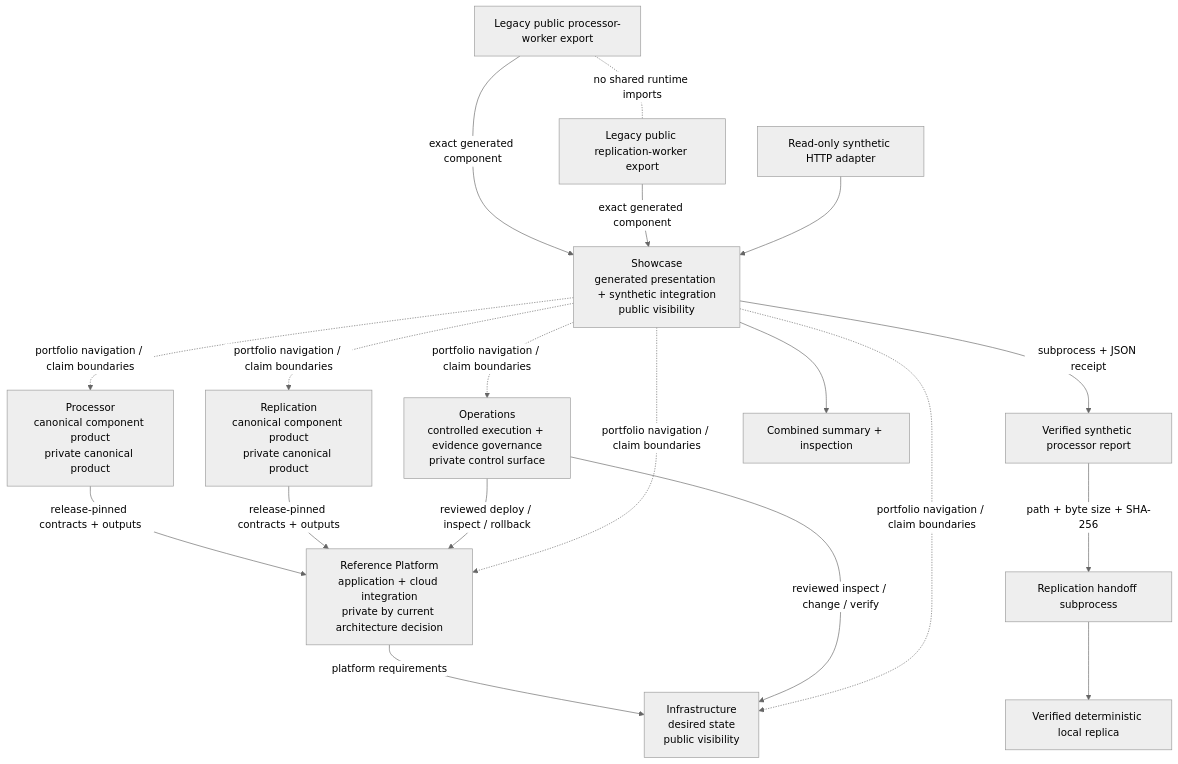
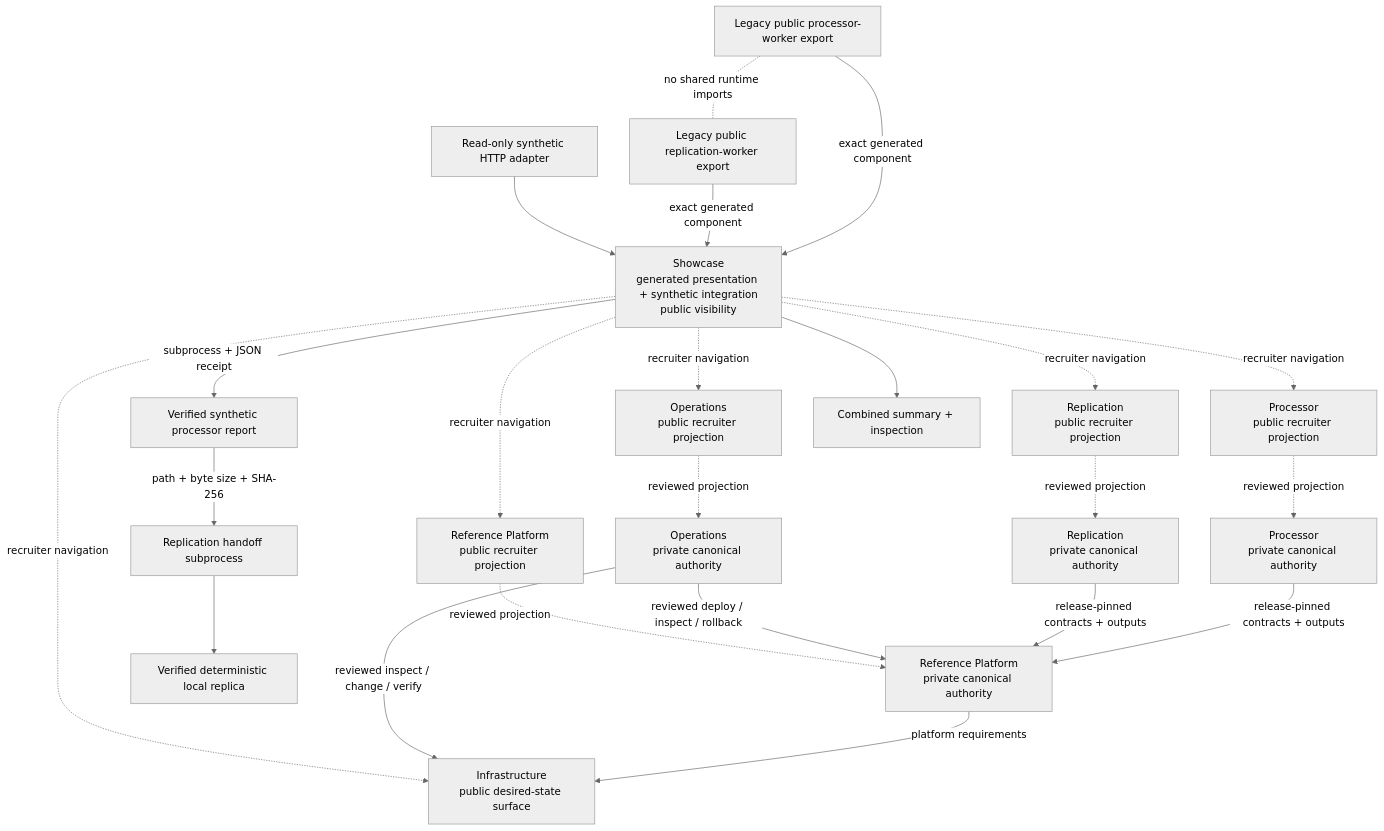
Before and after one commit to Seemorghdev/edge-evidence-showcase: the diagram in docs/ARCHITECTURE.md, drawn with Mermaid (neutral theme). The commit also changed other lines of this file, not shown here.

Commit message:
docs: sync architecture to public projections

````diff
--- a/docs/ARCHITECTURE.md
+++ b/docs/ARCHITECTURE.md
@@ -10,32 +10,42 @@
 ```mermaid
 flowchart TB
-    P[Processor<br/>canonical component product<br/>private canonical product]
-    R[Replication<br/>canonical component product<br/>private canonical product]
-    REF[Reference Platform<br/>application + cloud integration<br/>private by current architecture decision]
-    INF[Infrastructure<br/>desired state<br/>public visibility]
-    OPS[Operations<br/>controlled execution + evidence governance<br/>private control surface]
+    P[Processor<br/>private canonical authority]
+    R[Replication<br/>private canonical authority]
+    REF[Reference Platform<br/>private canonical authority]
+    INF[Infrastructure<br/>public desired-state surface]
+    OPS[Operations<br/>private canonical authority]
     S[Showcase<br/>generated presentation + synthetic integration<br/>public visibility]
+
+    PP[Processor<br/>public recruiter projection]
+    RP[Replication<br/>public recruiter projection]
+    REFP[Reference Platform<br/>public recruiter projection]
+    OPSP[Operations<br/>public recruiter projection]
 
     P -->|release-pinned contracts + outputs| REF
     R -->|release-pinned contracts + outputs| REF
     REF -->|platform requirements| INF
     OPS -->|reviewed inspect / change / verify| INF
     OPS -->|reviewed deploy / inspect / rollback| REF
 
+    PP -. reviewed projection .-> P
+    RP -. reviewed projection .-> R
+    REFP -. reviewed projection .-> REF
+    OPSP -. reviewed projection .-> OPS
+
     LP[Legacy public processor-worker export] -->|exact generated component| S
     LR[Legacy public replication-worker export] -->|exact generated component| S
 
-    S -. portfolio navigation / claim boundaries .-> P
-    S -. portfolio navigation / claim boundaries .-> R
-    S -. portfolio navigation / claim boundaries .-> REF
-    S -. portfolio navigation / claim boundaries .-> INF
-    S -. portfolio navigation / claim boundaries .-> OPS
+    S -. recruiter navigation .-> PP
+    S -. recruiter navigation .-> RP
+    S -. recruiter navigation .-> REFP
+    S -. recruiter navigation .-> INF
+    S -. recruiter navigation .-> OPSP
 
     S -->|subprocess + JSON receipt| PO[Verified synthetic processor report]
     PO -->|path + byte size + SHA-256| RH[Replication handoff subprocess]
     RH --> RT[Verified deterministic local replica]
     S --> CS[Combined summary + inspection]
 
     HTTP[Read-only synthetic HTTP adapter] --> S
     LP -. no shared runtime imports .- LR
 ```
````
